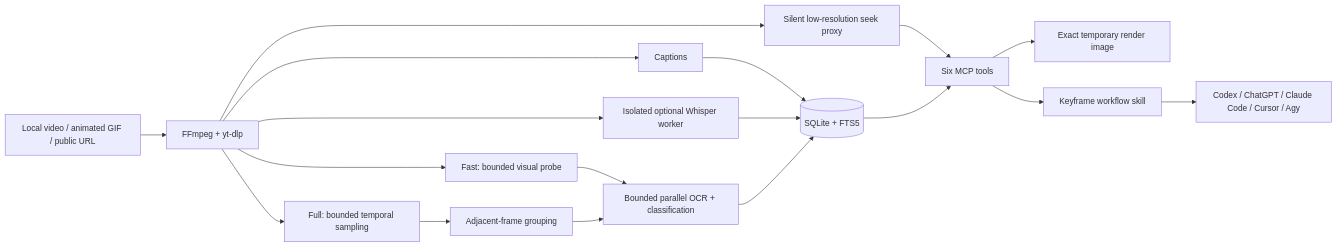
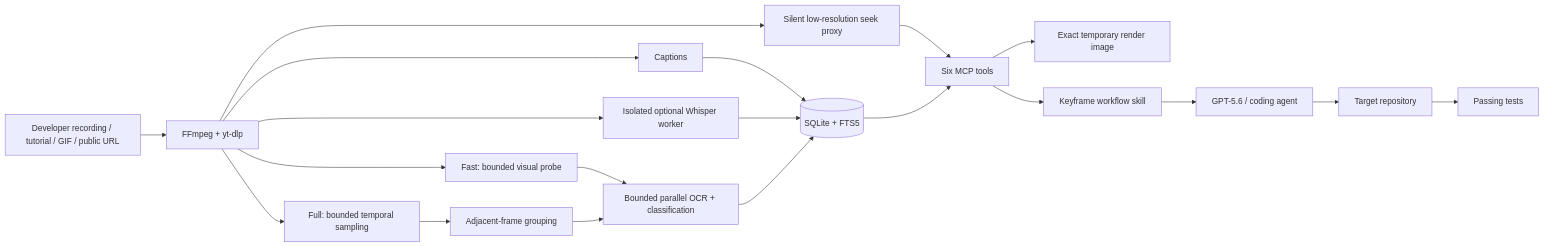
Before and after one commit to MatthewOscar/Keyframe: the diagram in README.md, drawn with Mermaid. The commit also changed other lines of this file and 11 other files, not shown here.

````diff
--- a/README.md
+++ b/README.md
@@ -325,20 +345,22 @@
 ```mermaid
 flowchart LR
-    A[Local video / animated GIF / public URL] --> B[FFmpeg + yt-dlp]
+    A[Developer recording / tutorial / GIF / public URL] --> B[FFmpeg + yt-dlp]
     B --> C[Captions]
     B --> W[Isolated optional Whisper worker]
     B --> P[Fast: bounded visual probe]
     B --> Q[Silent low-resolution seek proxy]
     B --> D[Full: bounded temporal sampling]
     D --> E[Adjacent-frame grouping]
     P --> F[Bounded parallel OCR + classification]
     E --> F[Bounded parallel OCR + classification]
     C --> G[(SQLite + FTS5)]
     W --> G
     F --> G
     Q --> H[Six MCP tools]
     G --> H
     H --> R[Exact temporary render image]
     H --> I[Keyframe workflow skill]
-    I --> J[Codex / ChatGPT / Claude Code / Cursor / Agy]
+    I --> J[GPT-5.6 / coding agent]
+    J --> K[Target repository]
+    K --> L[Passing tests]
 ```
````
